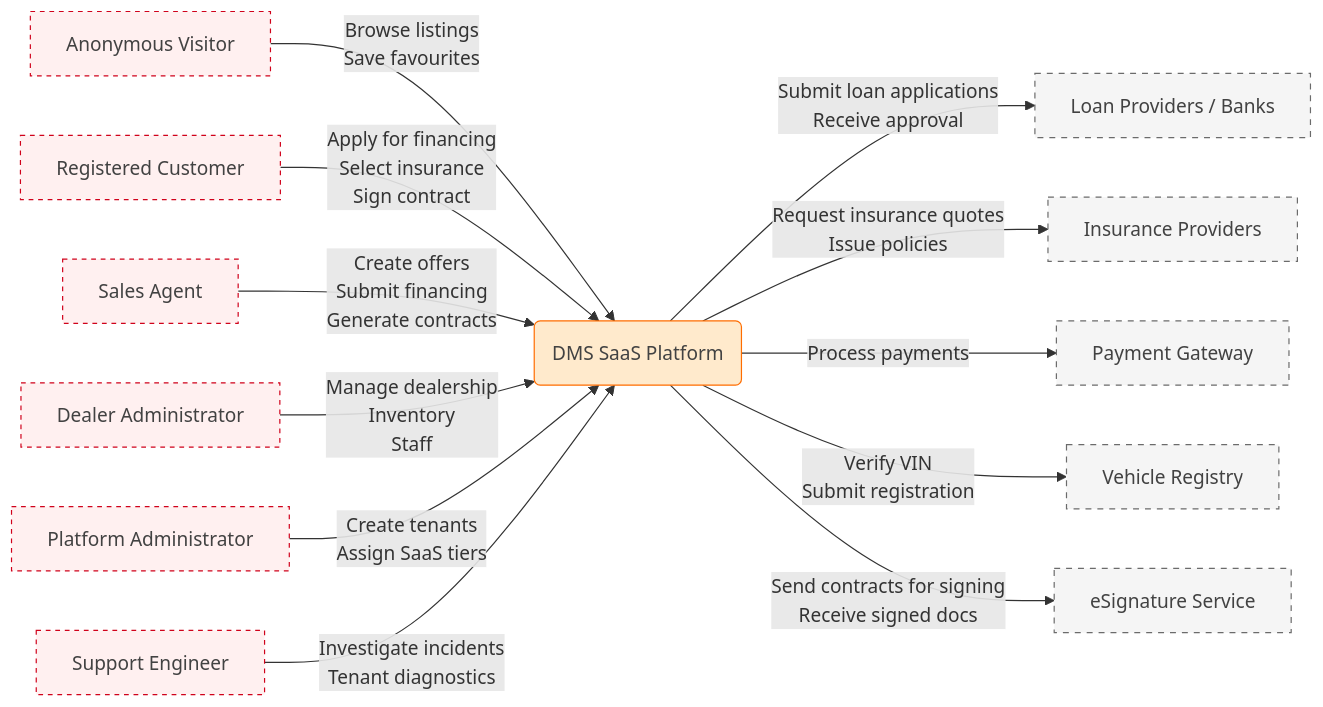
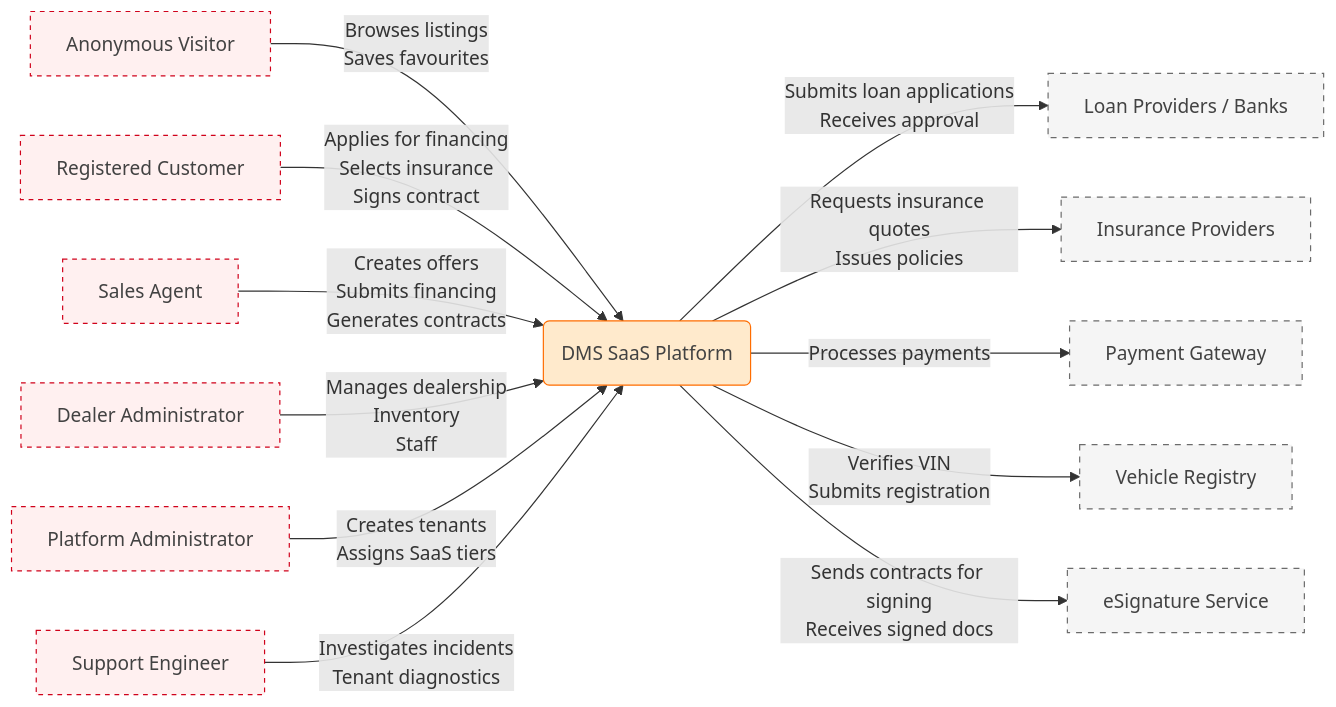
The diagram in diagrams/dms-context.mmd (occamarazor/dms-showcase), drawn with Mermaid before and after one commit. The commit also changed 5 other files, not shown here.

Commit message:
Diagrams: added gateway to component; text fixes

```diff
--- a/diagrams/dms-context.mmd
+++ b/diagrams/dms-context.mmd
@@ -1,82 +1,82 @@
 %% =========================================
 %% C4 Level 1 — Context
 %% System actors + external systems
 %% =========================================
 flowchart LR
 
 %% =========================================
 %% ACTORS
 %% =========================================
 
 %% ---- Customers ----
 ANON["Anonymous Visitor"]
 CUSTOMER["Registered Customer"]
 %% ---- Tenant-Level ----
 SALES["Sales Agent"]
 DEALER_ADMIN["Dealer Administrator"]
 %% ---- Platform-Level ----
 PLATFORM_ADMIN["Platform Administrator"]
 SUPPORT["Support Engineer"]
 
 %% =========================================
 %% CORE PLATFORM
 %% =========================================
 
 DMS["DMS SaaS Platform"]
 
 %% =========================================
 %% EXTERNAL SYSTEMS
 %% =========================================
 
 %% ---- Financial Systems ----
 BANKS["Loan Providers / Banks"]
 INSURANCE["Insurance Providers"]
 
 %% ---- Payment Gateways ----
 PAYMENT["Payment Gateway"]
 
 %% ---- Government / Vehicle Registries ----
 VEHICLE_REG["Vehicle Registry"]
 
 %% ---- eSignature Providers ----
 ESIGN["eSignature Service"]
 
 %% =========================
 %% INTERACTIONS
 %% =========================
 
 %% ---- Actors ----
-ANON -->|Browse listings<br>Save favourites| DMS
-CUSTOMER -->|Apply for financing<br>Select insurance<br>Sign contract| DMS
-SALES -->|Create offers<br>Submit financing<br>Generate contracts| DMS
-DEALER_ADMIN -->|Manage dealership<br>Inventory<br>Staff| DMS
-PLATFORM_ADMIN -->|Create tenants<br>Assign SaaS tiers| DMS
-SUPPORT -->|Investigate incidents<br>Tenant diagnostics| DMS
+ANON -->|Browses listings<br>Saves favourites| DMS
+CUSTOMER -->|Applies for financing<br>Selects insurance<br>Signs contract| DMS
+SALES -->|Creates offers<br>Submits financing<br>Generates contracts| DMS
+DEALER_ADMIN -->|Manages dealership<br>Inventory<br>Staff| DMS
+PLATFORM_ADMIN -->|Creates tenants<br>Assigns SaaS tiers| DMS
+SUPPORT -->|Investigates incidents<br>Tenant diagnostics| DMS
 
 %% ---- External Systems ----
-DMS -->|Submit loan applications<br>Receive approval| BANKS
-DMS -->|Request insurance quotes<br>Issue policies| INSURANCE
-DMS -->|Process payments| PAYMENT
-DMS -->|Verify VIN<br>Submit registration| VEHICLE_REG
-DMS -->|Send contracts for signing<br>Receive signed docs| ESIGN
+DMS -->|Submits loan applications<br>Receives approval| BANKS
+DMS -->|Requests insurance quotes<br>Issues policies| INSURANCE
+DMS -->|Processes payments| PAYMENT
+DMS -->|Verifies VIN<br>Submits registration| VEHICLE_REG
+DMS -->|Sends contracts for signing<br>Receives signed docs| ESIGN
 
 %% =========================
 %% SHAPES
 %% =========================
 DMS@{ shape: rounded }
 
 %% =========================
 %% CLASSES
 %% =========================
 
 class ANON,CUSTOMER,SALES,DEALER_ADMIN,PLATFORM_ADMIN,SUPPORT actor
 class DMS app
 class BANKS,INSURANCE,PAYMENT,VEHICLE_REG,ESIGN external
 
 %% =========================
 %% PALETTE (LEGEND)
 %% =========================
 
 classDef app fill:#ffeacc,stroke:#ff6d00,color:#424242;
 classDef actor fill:#fff0f0,stroke:#d0021b,stroke-dasharray:4 4,color:#424242;
 classDef external fill:#f5f5f5,stroke:#6b6b6b,stroke-dasharray: 5 5,color:#424242;
```
